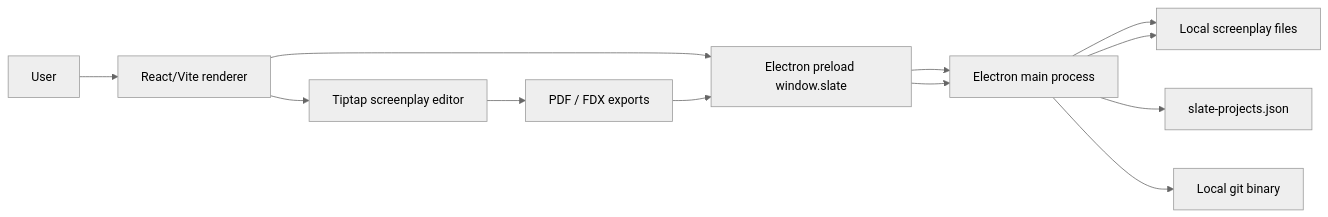
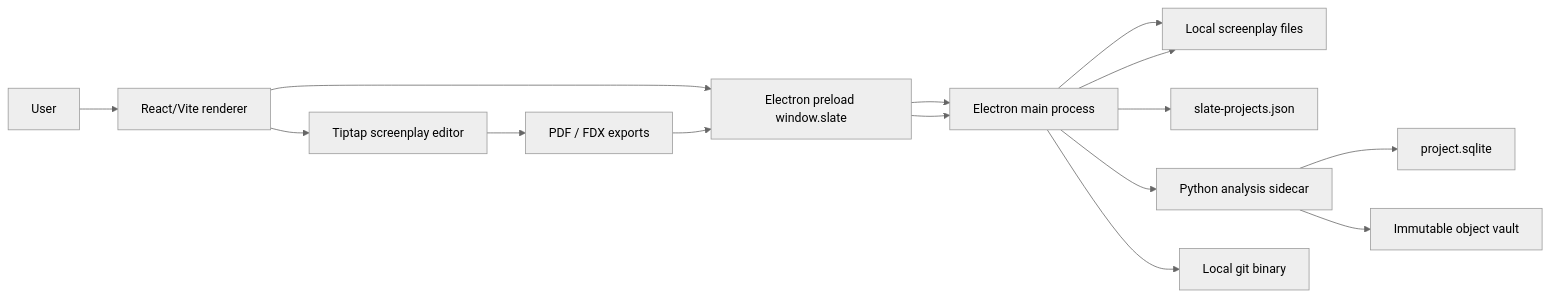
The first of 3 diagrams in docs/architecture.md (rckbrcls/slate), drawn with Mermaid (neutral theme) before and after one commit. The commit also changed other lines of this file and 86 other files, not shown here.

````diff
--- a/docs/architecture.md
+++ b/docs/architecture.md
@@ -13,24 +14,30 @@
 ```mermaid
 flowchart LR
   User["User"]
   Renderer["React/Vite renderer"]
   Editor["Tiptap screenplay editor"]
   Preload["Electron preload window.slate"]
   Main["Electron main process"]
   Disk["Local screenplay files"]
   Store["slate-projects.json"]
+  Sidecar["Python analysis sidecar"]
+  ProjectDb["project.sqlite"]
+  Vault["Immutable object vault"]
   Git["Local git binary"]
   Exports["PDF / FDX exports"]
 
   User --> Renderer
   Renderer --> Editor
   Renderer --> Preload
   Preload --> Main
   Main --> Disk
   Main --> Store
+  Main --> Sidecar
+  Sidecar --> ProjectDb
+  Sidecar --> Vault
   Main --> Git
   Editor --> Exports
   Exports --> Preload
   Preload --> Main
   Main --> Disk
 ```
````
